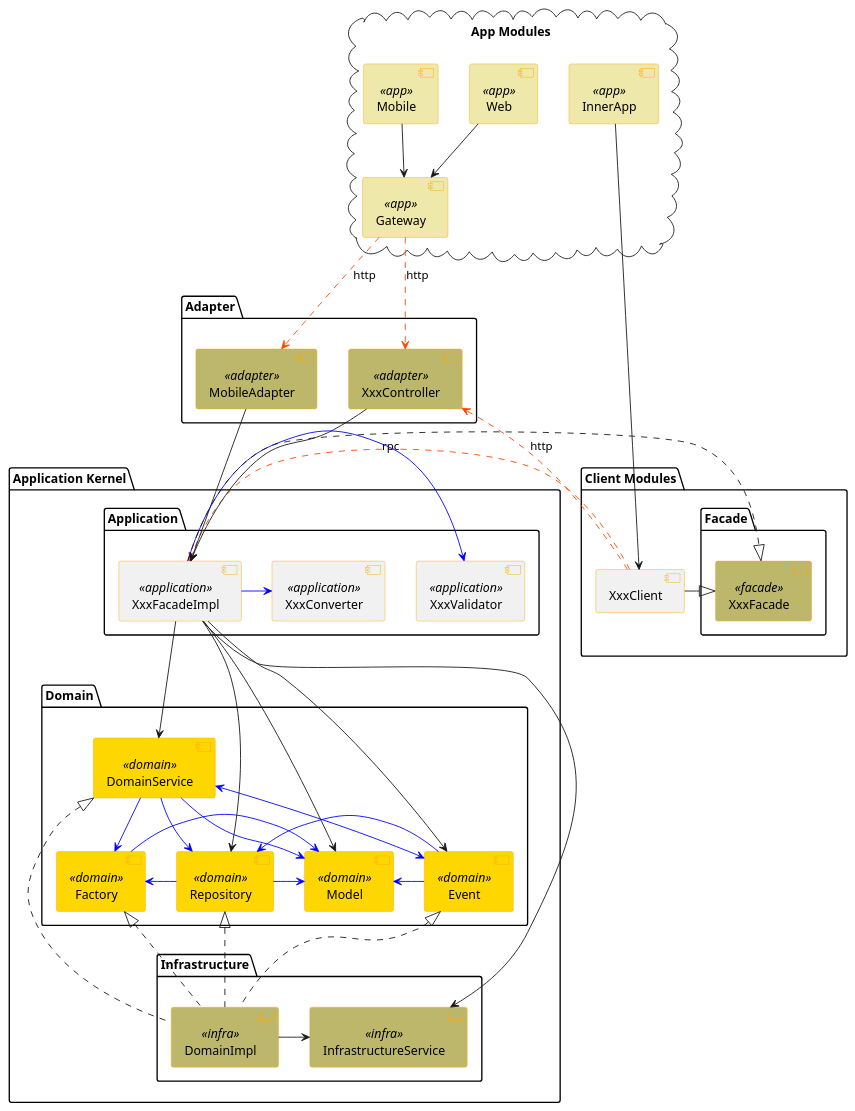
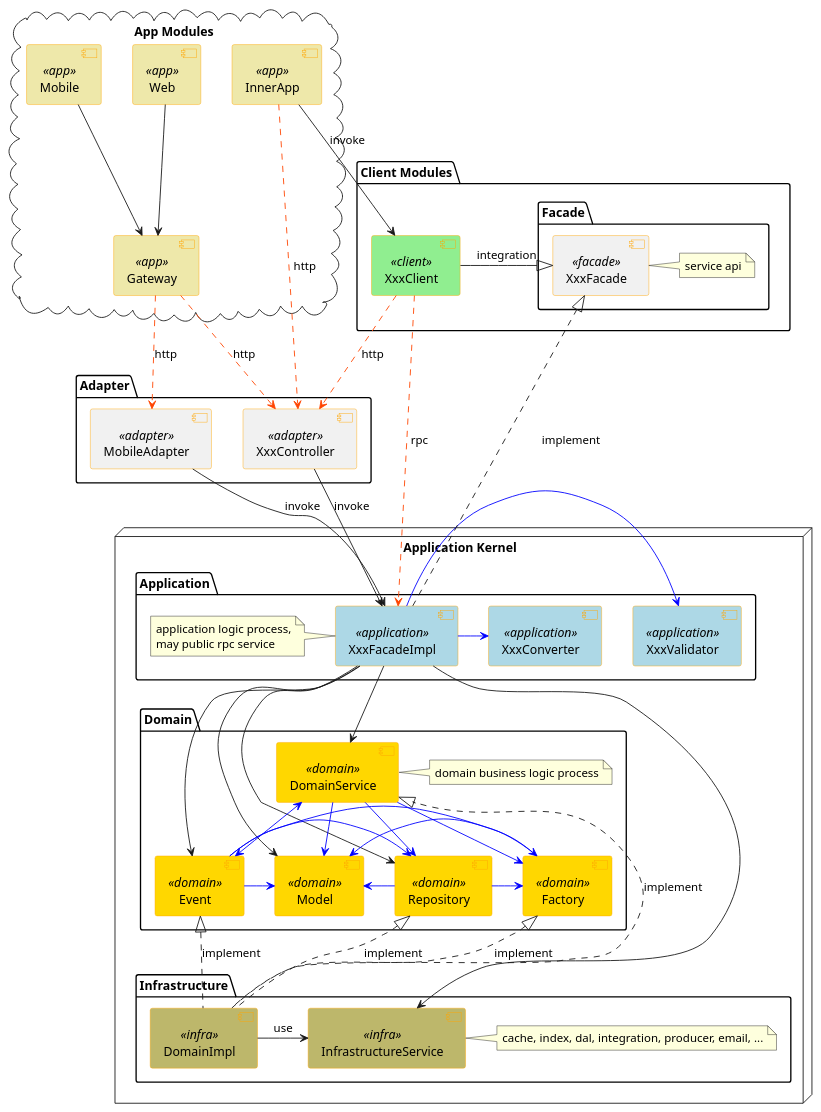
The diagram in document/puml/ddd-component.puml (lazycece/ddla), drawn with PlantUML before and after one commit. The commit also changed 3 other files, not shown here.

```diff
--- a/document/puml/ddd-component.puml
+++ b/document/puml/ddd-component.puml
@@ -1,87 +1,99 @@
-@startuml ddd-module
-
+@startuml ddd-component
 cloud "App Modules" {
-
     [Web] <<app>>
     [Mobile] <<app>>
     [Gateway] <<app>>
     [InnerApp] <<app>>
     Web -down-> Gateway
     Mobile -down-> Gateway
 }
 package "Client Modules" {
-    component XxxClient
+    component XxxClient <<client>>
     package "Facade" {
         component XxxFacade <<facade>>
+        note right of XxxFacade: service api
     }
-    XxxClient -left-|> XxxFacade
+    XxxClient -left-|> XxxFacade: integration
 }
 package "Adapter" {
     component XxxController <<adapter>>
     component MobileAdapter <<adapter>>
 }
-package "Application Kernel"{
+node "Application Kernel"{
     package "Application" {
         component XxxFacadeImpl <<application>>
+        note left of XxxFacadeImpl
+        application logic process,
+        may public rpc service
+        end note
         component XxxConverter <<application>>
         component XxxValidator <<application>>
     }
     package "Domain" {
         component Model <<domain>>
         component Event <<domain>>
         component Factory <<domain>>
         component Repository <<domain>>
         component DomainService <<domain>>
+        note right of DomainService: domain business logic process
     }
     package "Infrastructure" {
         component InfrastructureService <<infra>>
+        note right of InfrastructureService
+            cache, index, dal, integration, producer, email, ...
+        end note
         component DomainImpl<<infra>>
     }
 }
 
 skinparam component {
     borderColor orange
     ' backgroundColor gold
+    backgroundColor<<app>> PaleGoldenRod
+    backgroundColor<<client>> LightGreen
+    ' backgroundColor<<adapter>> LightGreen
+    ' backgroundColor<<facade>> LightGreen
+    backgroundColor<<application>> LightBlue
     backgroundColor<<domain>> Gold
     backgroundColor<<infra>> DarkKhaki
-    backgroundColor<<app>> PaleGoldenRod
-    backgroundColor<<adapter>> DarkKhaki
-    backgroundColor<<facade>> DarkKhaki
-    backgroundColor<<bootstrap>> GreenYellow
+    ' backgroundColor<<bootstrap>> GreenYellow
 }
 
-InnerApp -> XxxClient
-XxxClient .[#OrangeRed]> XxxController: http
-XxxClient .[#OrangeRed]> XxxFacadeImpl: rpc
+InnerApp -> XxxClient: invoke
+InnerApp .[#OrangeRed].> XxxController: http
 
-Gateway .[#OrangeRed]> XxxController: http
+XxxClient .[#OrangeRed].> XxxController: http
+XxxClient .[#OrangeRed].> XxxFacadeImpl: rpc
+
+Gateway .[#OrangeRed].> XxxController: http
 Gateway .[#OrangeRed].> MobileAdapter: http
-XxxController -down-> XxxFacadeImpl
-MobileAdapter -down-> XxxFacadeImpl
+
+XxxController -down-> XxxFacadeImpl: invoke
+MobileAdapter -down-> XxxFacadeImpl: invoke
 
 XxxFacadeImpl -[#Blue]> XxxValidator
 XxxFacadeImpl -[#Blue]> XxxConverter
-XxxFacadeImpl ..|> XxxFacade
-
+XxxFacadeImpl ..|> XxxFacade: implement
 XxxFacadeImpl -down-> Model
 XxxFacadeImpl -down-> Event
 XxxFacadeImpl -down-> Repository
 XxxFacadeImpl -down-> DomainService
 XxxFacadeImpl -down-> InfrastructureService
 
 DomainService -[#Blue]> Model
 DomainService -[#Blue]> Repository
 DomainService -[#Blue]> Factory
 DomainService <-[#Blue]-> Event
 Event -[#Blue]> Model
 Event -[#Blue]> Repository
+Event -[#Blue]> Factory
 Factory -[#Blue]> Model
 Repository -[#Blue]> Model
 Repository -[#Blue]> Factory
 
-DomainImpl .up.|> Event
-DomainImpl .up.|> Repository
-DomainImpl .up.|> Factory
-DomainImpl .up.|> DomainService
-DomainImpl -right-> InfrastructureService
+DomainImpl .up.|> Event: implement
+DomainImpl .up.|> Repository: implement
+DomainImpl .up.|> Factory: implement
+DomainImpl .up.|> DomainService: implement
+DomainImpl -right-> InfrastructureService: use
 @enduml
```
